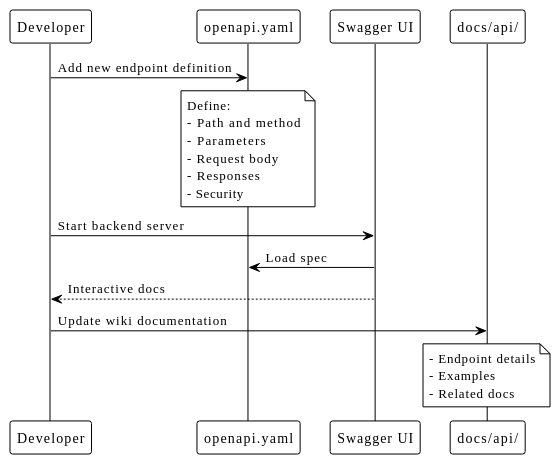
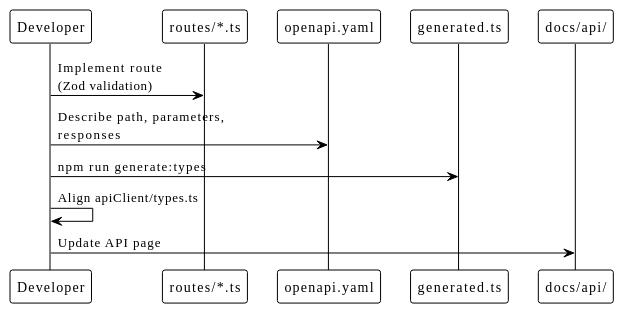
The second of 2 diagrams in docs/reference/openapi-spec.md (EraPartner/Watchman), drawn with PlantUML before and after one commit. The commit also changed other lines of this file and 32 other files, not shown here.

````diff
--- a/docs/reference/openapi-spec.md
+++ b/docs/reference/openapi-spec.md
@@ -347,33 +180,17 @@
 ```plantuml
 @startuml
 !theme plain
 
 participant "Developer" as Dev
+participant "routes/*.ts" as Routes
 participant "openapi.yaml" as Spec
-participant "Swagger UI" as UI
+participant "generated.ts" as Gen
 participant "docs/api/" as Docs
 
-Dev -> Spec : Add new endpoint definition
-
-note over Spec
-  Define:
-  - Path and method
-  - Parameters
-  - Request body
-  - Responses
-  - Security
-end note
-
-Dev -> UI : Start backend server
-UI -> Spec : Load spec
-UI --> Dev : Interactive docs
-
-Dev -> Docs : Update wiki documentation
-
-note over Docs
-  - Endpoint details
-  - Examples
-  - Related docs
-end note
+Dev -> Routes : Implement route\n(Zod validation)
+Dev -> Spec : Describe path, parameters,\nresponses
+Dev -> Gen : npm run generate:types
+Dev -> Dev : Align apiClient/types.ts
+Dev -> Docs : Update API page
 @enduml
 ```
````
